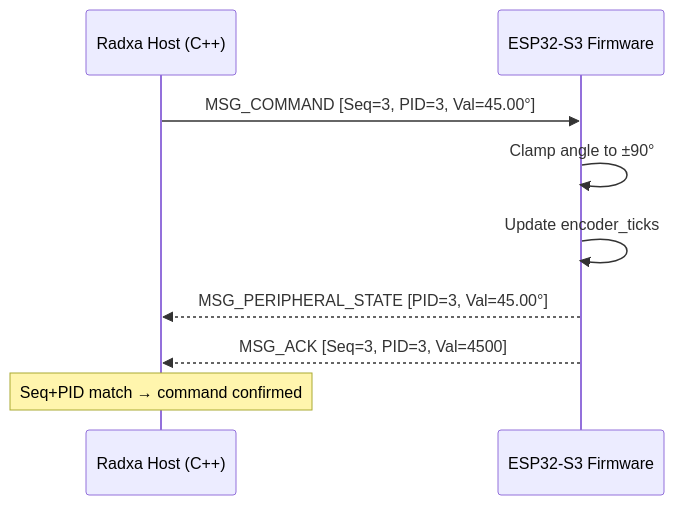
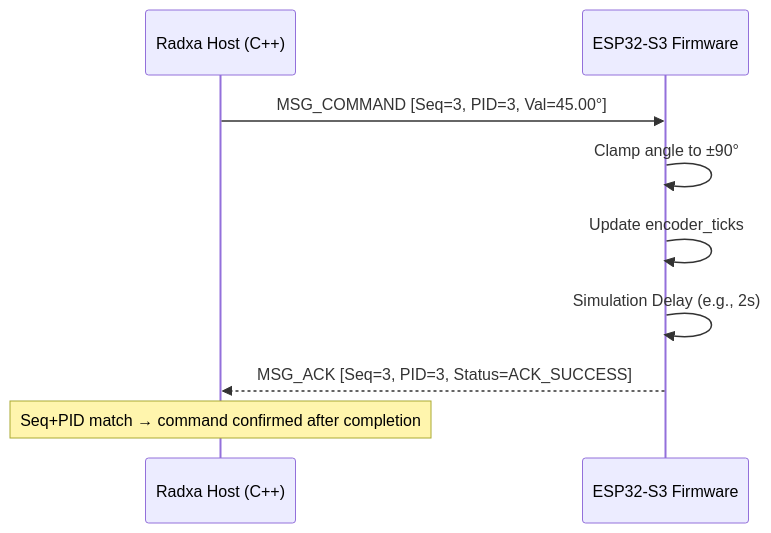
One commit to arnab-ogmen/oro_base_hardware_layer changed the fifth of 8 diagrams in docs/README.md. Above: the diagram before and after it, drawn with Mermaid. The commit also changed other lines of this file and 2 other files, not shown here.

Commit message:
Added in Web Dashboard: - Cam roation Servo Motor - Lid control and lid motor state

````diff
--- a/docs/README.md
+++ b/docs/README.md
@@ -245,12 +245,12 @@
 ```mermaid
 sequenceDiagram
     participant Host as Radxa Host (C++)
     participant MCU as ESP32-S3 Firmware
 
     Host->>MCU: MSG_COMMAND [Seq=3, PID=3, Val=45.00°]
     MCU->>MCU: Clamp angle to ±90°
     MCU->>MCU: Update encoder_ticks
-    MCU-->>Host: MSG_PERIPHERAL_STATE [PID=3, Val=45.00°]
-    MCU-->>Host: MSG_ACK [Seq=3, PID=3, Val=4500]
-    Note over Host: Seq+PID match → command confirmed
+    MCU->>MCU: Simulation Delay (e.g., 2s)
+    MCU-->>Host: MSG_ACK [Seq=3, PID=3, Status=ACK_SUCCESS]
+    Note over Host: Seq+PID match → command confirmed after completion
 ```
````
